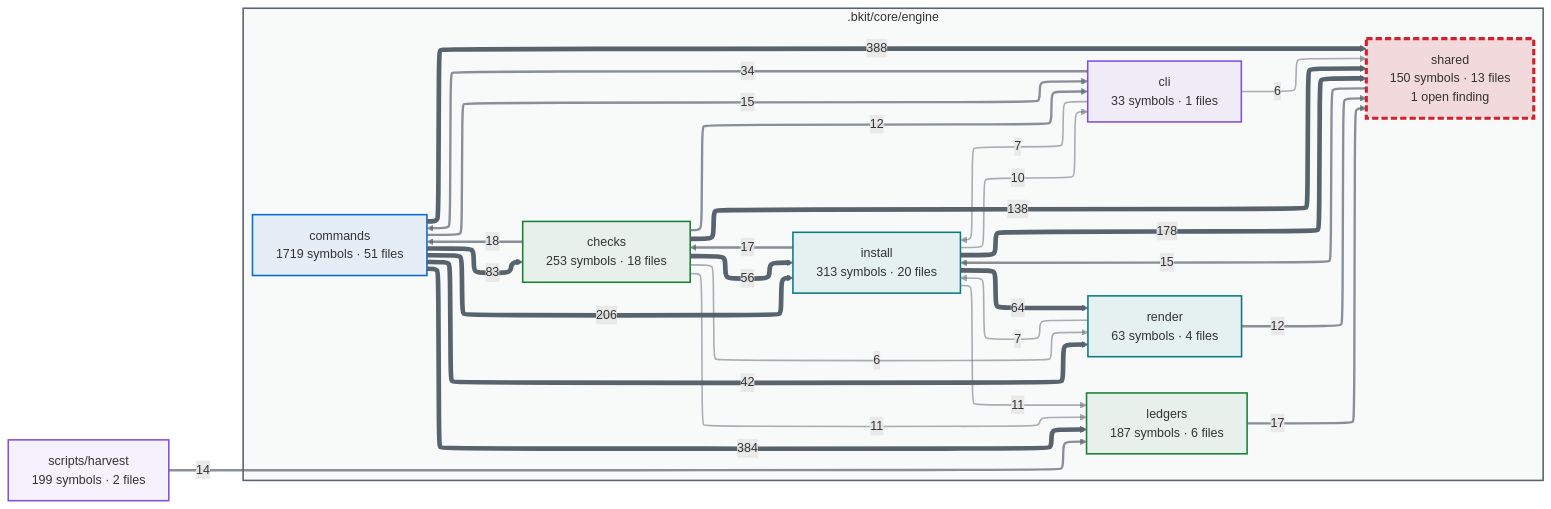
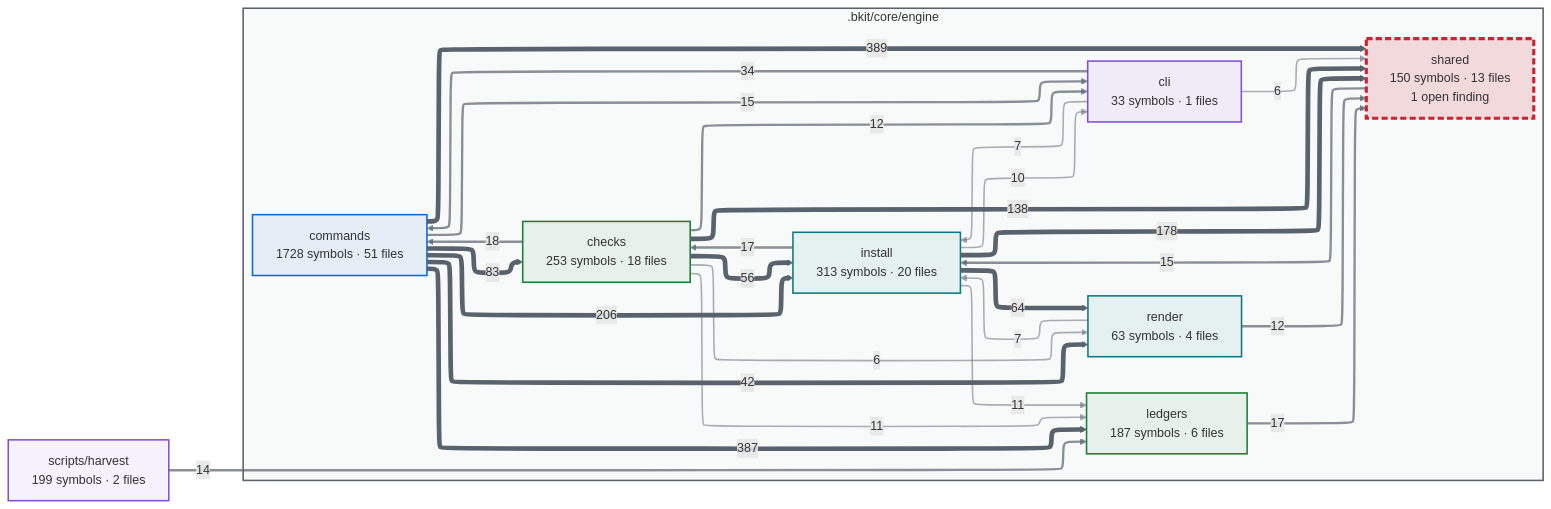
One commit to cbartens/bkit changed the first of 2 diagrams in docs/capabilities.md. Above: the diagram before and after it, drawn with Mermaid. The commit also changed other lines of this file and 1 other file, not shown here.

````diff
--- a/docs/capabilities.md
+++ b/docs/capabilities.md
@@ -154,80 +154,80 @@
 ```mermaid
 ---
 config:
   layout: elk
   themeCSS: "marker { overflow: visible; } marker path { transform: scale(1.8); transform-origin: 5px 5px; }"
   flowchart:
     useMaxWidth: false
 ---
 flowchart LR
   %% Generated by bkit-graphify-rollup.py — do not edit
   subgraph gn_bkit_core_engine[".bkit/core/engine"]
     n_bkit_core_engine_checks["checks<br/>253 symbols · 18 files"]
     n_bkit_core_engine_cli["cli<br/>33 symbols · 1 files"]
-    n_bkit_core_engine_commands["commands<br/>1719 symbols · 51 files"]
+    n_bkit_core_engine_commands["commands<br/>1728 symbols · 51 files"]
     n_bkit_core_engine_install["install<br/>313 symbols · 20 files"]
     n_bkit_core_engine_ledgers["ledgers<br/>187 symbols · 6 files"]
     n_bkit_core_engine_render["render<br/>63 symbols · 4 files"]
     n_bkit_core_engine_shared["shared<br/>150 symbols · 13 files<br/>1 open finding"]
   end
   nscripts_harvest["scripts/harvest<br/>199 symbols · 2 files"]
-  n_bkit_core_engine_commands -->|388| n_bkit_core_engine_shared
-  n_bkit_core_engine_commands -->|384| n_bkit_core_engine_ledgers
+  n_bkit_core_engine_commands -->|389| n_bkit_core_engine_shared
+  n_bkit_core_engine_commands -->|387| n_bkit_core_engine_ledgers
   n_bkit_core_engine_commands -->|206| n_bkit_core_engine_install
   n_bkit_core_engine_install -->|178| n_bkit_core_engine_shared
   n_bkit_core_engine_checks -->|138| n_bkit_core_engine_shared
   n_bkit_core_engine_commands -->|83| n_bkit_core_engine_checks
   n_bkit_core_engine_install -->|64| n_bkit_core_engine_render
   n_bkit_core_engine_checks -->|56| n_bkit_core_engine_install
   n_bkit_core_engine_commands -->|42| n_bkit_core_engine_render
   n_bkit_core_engine_cli -->|34| n_bkit_core_engine_commands
   n_bkit_core_engine_checks -->|18| n_bkit_core_engine_commands
   n_bkit_core_engine_install -->|17| n_bkit_core_engine_checks
   n_bkit_core_engine_ledgers -->|17| n_bkit_core_engine_shared
   n_bkit_core_engine_shared -->|15| n_bkit_core_engine_install
   n_bkit_core_engine_commands -->|15| n_bkit_core_engine_cli
   nscripts_harvest -->|14| n_bkit_core_engine_ledgers
   n_bkit_core_engine_checks -->|12| n_bkit_core_engine_cli
   n_bkit_core_engine_render -->|12| n_bkit_core_engine_shared
   n_bkit_core_engine_checks -->|11| n_bkit_core_engine_ledgers
   n_bkit_core_engine_install -->|11| n_bkit_core_engine_ledgers
   n_bkit_core_engine_install -->|10| n_bkit_core_engine_cli
   n_bkit_core_engine_cli -->|7| n_bkit_core_engine_install
   n_bkit_core_engine_render -->|7| n_bkit_core_engine_install
   n_bkit_core_engine_checks -->|6| n_bkit_core_engine_render
   n_bkit_core_engine_cli -->|6| n_bkit_core_engine_shared
   style gn_bkit_core_engine fill:#59636e0a,stroke:#59636e,stroke-width:2px
   style n_bkit_core_engine_checks stroke:#1a7f37,stroke-width:2px,fill:#1a7f3714
   style n_bkit_core_engine_cli stroke:#8250df,stroke-width:2px,fill:#8250df14
   style n_bkit_core_engine_commands stroke:#0969da,stroke-width:2px,fill:#0969da14
   style n_bkit_core_engine_install stroke:#0a7b83,stroke-width:2px,fill:#0a7b8314
   style n_bkit_core_engine_ledgers stroke:#1a7f37,stroke-width:2px,fill:#1a7f3714
   style n_bkit_core_engine_render stroke:#0a7b83,stroke-width:2px,fill:#0a7b8314
   style n_bkit_core_engine_shared stroke:#cf222e,stroke-width:4px,stroke-dasharray:8 4,fill:#cf222e26
   style nscripts_harvest stroke:#8250df,stroke-width:2px,fill:#8250df14
   linkStyle 0 stroke:#59636e,stroke-width:6px
   linkStyle 1 stroke:#59636e,stroke-width:6px
   linkStyle 2 stroke:#59636e,stroke-width:6px
   linkStyle 3 stroke:#59636e,stroke-width:6px
   linkStyle 4 stroke:#59636e,stroke-width:6px
   linkStyle 5 stroke:#59636e,stroke-width:6px
   linkStyle 6 stroke:#59636e,stroke-width:6px
   linkStyle 7 stroke:#59636e,stroke-width:6px
   linkStyle 8 stroke:#59636e,stroke-width:6px
   linkStyle 9 stroke:#59636eb3,stroke-width:3px
   linkStyle 10 stroke:#59636eb3,stroke-width:3px
   linkStyle 11 stroke:#59636eb3,stroke-width:3px
   linkStyle 12 stroke:#59636eb3,stroke-width:3px
   linkStyle 13 stroke:#59636eb3,stroke-width:3px
   linkStyle 14 stroke:#59636eb3,stroke-width:3px
   linkStyle 15 stroke:#59636eb3,stroke-width:3px
   linkStyle 16 stroke:#59636eb3,stroke-width:3px
   linkStyle 17 stroke:#59636eb3,stroke-width:3px
   linkStyle 18 stroke:#59636e80,stroke-width:2px
   linkStyle 19 stroke:#59636e80,stroke-width:2px
   linkStyle 20 stroke:#59636e80,stroke-width:2px
   linkStyle 21 stroke:#59636e80,stroke-width:2px
   linkStyle 22 stroke:#59636e80,stroke-width:2px
   linkStyle 23 stroke:#59636e80,stroke-width:2px
   linkStyle 24 stroke:#59636e80,stroke-width:2px
 ```
````
